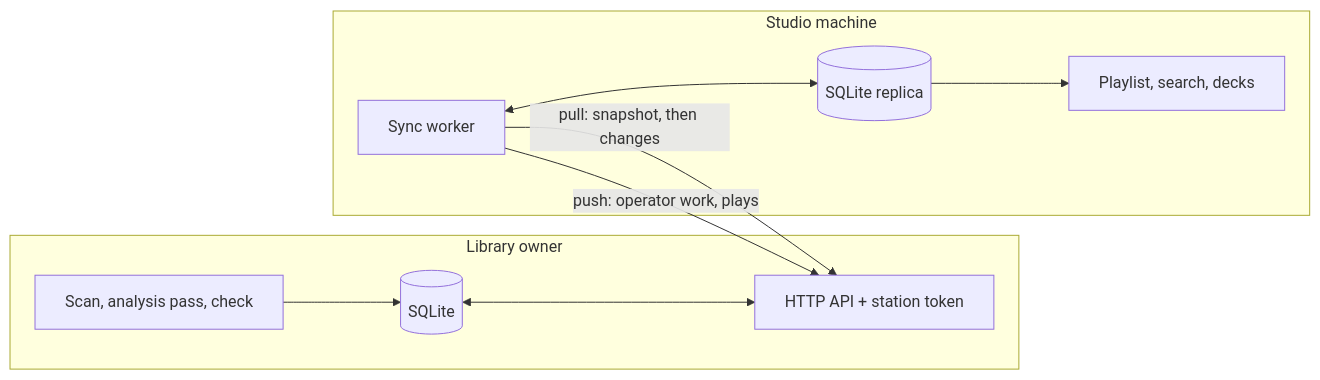
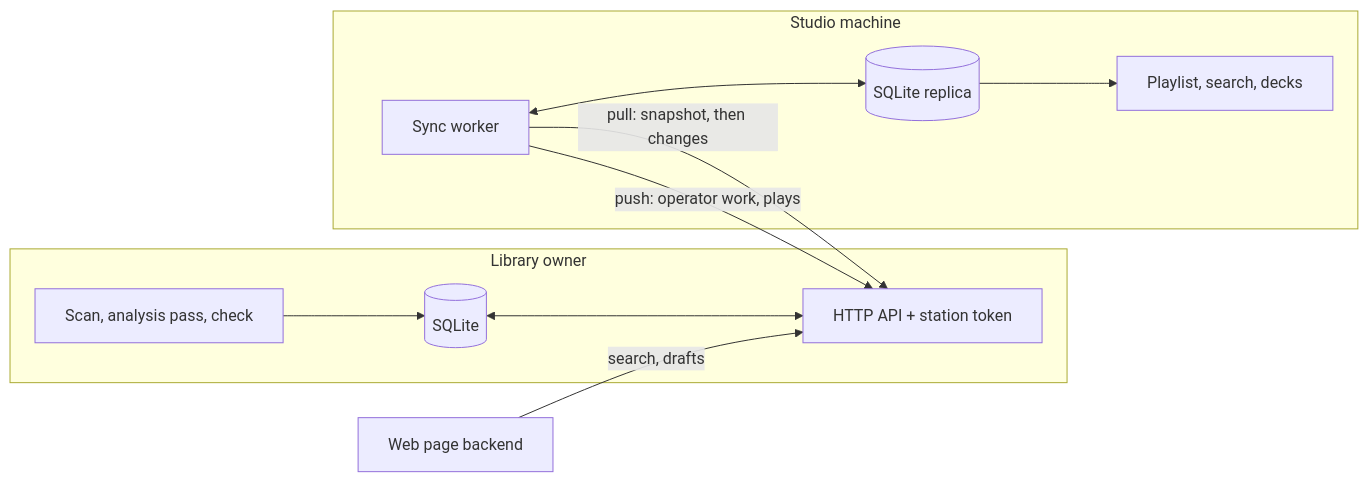
Before and after one commit to Arskah/radiodiodj: the second of 6 diagrams in docs/external-library.md, drawn with Mermaid. The commit also changed other lines of this file and 2 other files, not shown here.

First line of the commit message:
docs(external-library): hold every option to the web page's search

````diff
--- a/docs/external-library.md
+++ b/docs/external-library.md
@@ -298,13 +365,14 @@
 ```mermaid
 flowchart LR
   subgraph owner["Library owner"]
     S["Scan, analysis pass, check"] --> ODB[("SQLite")]
     ODB <--> API["HTTP API + station token"]
   end
   subgraph studio["Studio machine"]
     W["Sync worker"] <--> RDB[("SQLite replica")]
     RDB --> P["Playlist, search, decks"]
   end
   W -- "pull: snapshot, then changes" --> API
   W -- "push: operator work, plays" --> API
+  WEB["Web page backend"] -- "search, drafts" --> API
 ```
````
